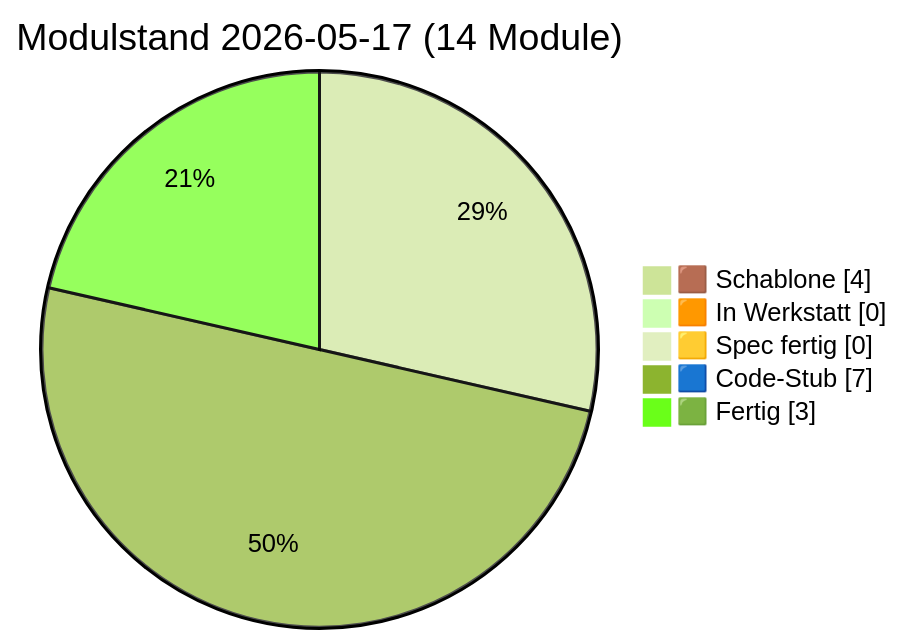
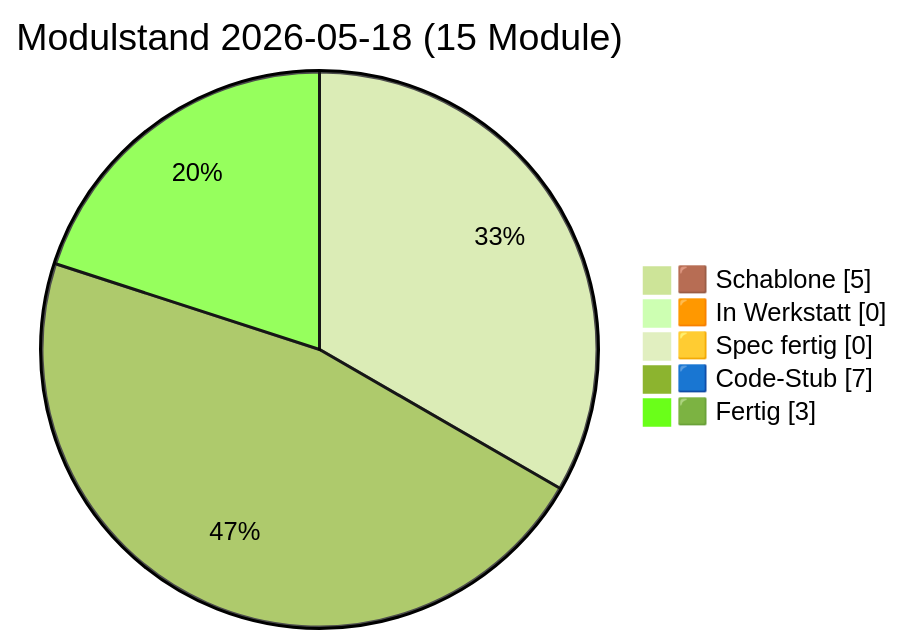
One commit to lausiklauskn-png/Sage-Protokol changed the diagram in docs/PULS.md. Above: the diagram before and after it, drawn with Mermaid (forest theme). The commit also changed other lines of this file and 7 other files, not shown here.

````diff
--- a/docs/PULS.md
+++ b/docs/PULS.md
@@ -21,9 +21,9 @@
 ```mermaid
 pie showData
-  title Modulstand 2026-05-17 (14 Module)
-  "🟫 Schablone" : 4
+  title Modulstand 2026-05-18 (15 Module)
+  "🟫 Schablone" : 5
   "🟧 In Werkstatt" : 0
   "🟨 Spec fertig" : 0
   "🟦 Code-Stub" : 7
   "🟩 Fertig" : 3
 ```
````
